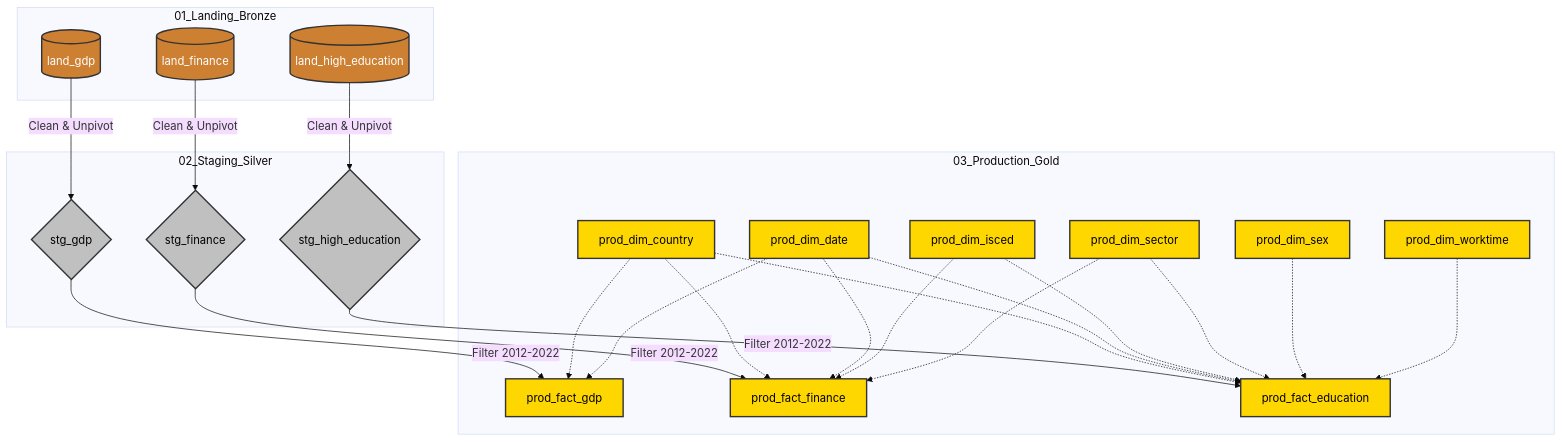
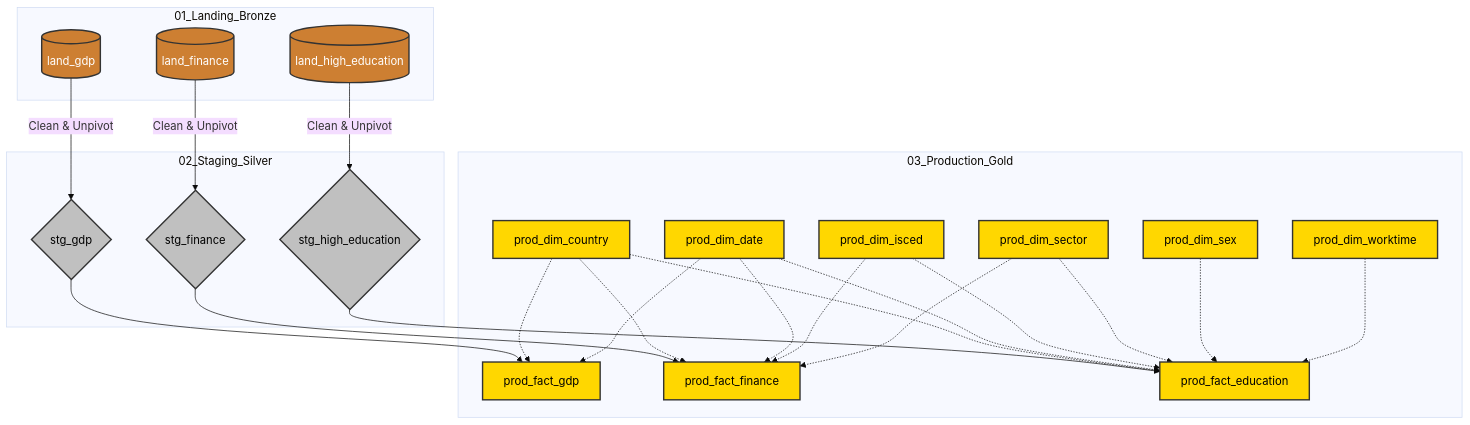
Before and after one commit to imre-kuklase/eurostat-education-economic-analysis: the first of 2 diagrams in README.md, drawn with Mermaid (base theme).

````diff
--- a/README.md
+++ b/README.md
@@ -37,54 +37,54 @@
 ```mermaid
 graph TD
     %% Defineerime stiilid
     classDef bronze fill:#cd7f32,stroke:#333,stroke-width:2px,color:#fff;
     classDef silver fill:#c0c0c0,stroke:#333,stroke-width:2px,color:#000;
     classDef gold fill:#ffd700,stroke:#333,stroke-width:2px,color:#000;
 
     subgraph 01_Landing_Bronze
         L1[(land_gdp)]
         L2[(land_finance)]
         L3[(land_high_education)]
     end
 
     subgraph 02_Staging_Silver
         S1{stg_gdp}
         S2{stg_finance}
         S3{stg_high_education}
     end
 
     subgraph 03_Production_Gold
         F1[prod_fact_gdp]
         F2[prod_fact_finance]
         F3[prod_fact_education]
         
         D1[prod_dim_country]
         D2[prod_dim_date]
         D3[prod_dim_isced]
         D4[prod_dim_sector]
         D5[prod_dim_sex]
         D6[prod_dim_worktime]
     end
 
     %% Andmevoog (Lineage)
     L1 -->|Clean & Unpivot| S1
     L2 -->|Clean & Unpivot| S2
     L3 -->|Clean & Unpivot| S3
 
-    S1 -->|Filter 2012-2022| F1
-    S2 -->|Filter 2012-2022| F2
-    S3 -->|Filter 2012-2022| F3
+    S1 --> F1
+    S2 --> F2
+    S3 --> F3
 
     %% Seosed dimensioonidega
     D1 -.-> F1 & F2 & F3
     D2 -.-> F1 & F2 & F3
     D3 -.-> F2 & F3
     D4 -.-> F2 & F3
     D5 -.-> F3
     D6 -.-> F3
 
     %% Klasside määramine stiili jaoks
     class L1,L2,L3 bronze;
     class S1,S2,S3 silver;
     class F1,F2,F3,D1,D2,D3,D4,D5,D6 gold;
 ```
````
